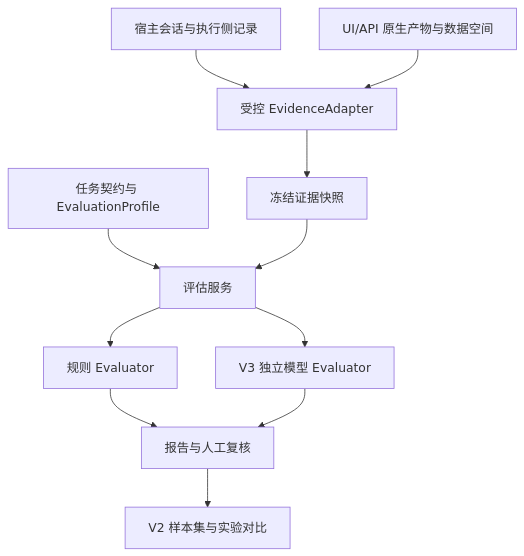
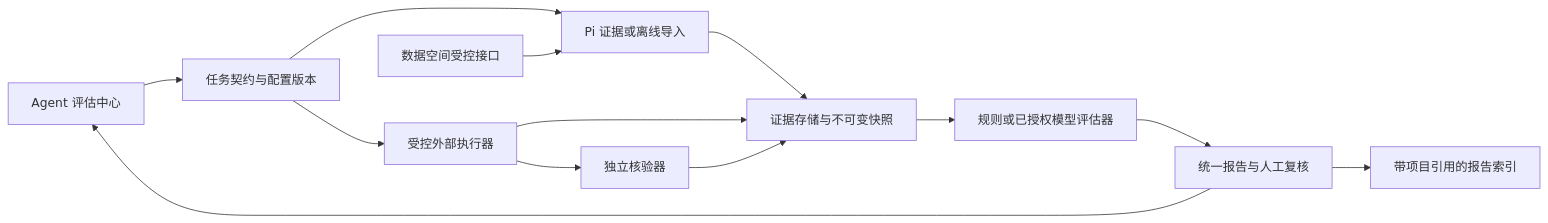
Before and after one commit to liwenshuai4516-debug/aqa: the diagram in docs/agent-evaluation-design-plan.md, drawn with Mermaid. The commit also changed other lines of this file and 2 other files, not shown here.

Commit message:
docs: unify agent evaluation center implementation and acceptance plan

````diff
--- a/docs/agent-evaluation-design-plan.md
+++ b/docs/agent-evaluation-design-plan.md
@@ -140,13 +72,15 @@
 ```mermaid
-flowchart TD
-    H[宿主会话与执行侧记录] --> A[受控 EvidenceAdapter]
-    N[UI/API 原生产物与数据空间] --> A
-    A --> S[冻结证据快照]
-    P[任务契约与 EvaluationProfile] --> Q[评估服务]
-    S --> Q
-    Q --> R[规则 Evaluator]
-    Q --> J[V3 独立模型 Evaluator]
-    R --> O[报告与人工复核]
-    J --> O
-    O --> D[V2 样本集与实验对比]
+flowchart LR
+  UI[Agent 评估中心] --> Contract[任务契约与配置版本]
+  Contract --> Import[Pi 证据或离线导入]
+  Contract --> Run[受控外部执行器]
+  Run --> Verify[独立核验器]
+  Import --> Evidence[证据存储与不可变快照]
+  Run --> Evidence
+  Verify --> Evidence
+  Evidence --> Rules[规则或已授权模型评估器]
+  Rules --> Report[统一报告与人工复核]
+  Report --> UI
+  DS[数据空间受控接口] --> Import
+  Report --> Link[带项目引用的报告索引]
 ```
````
